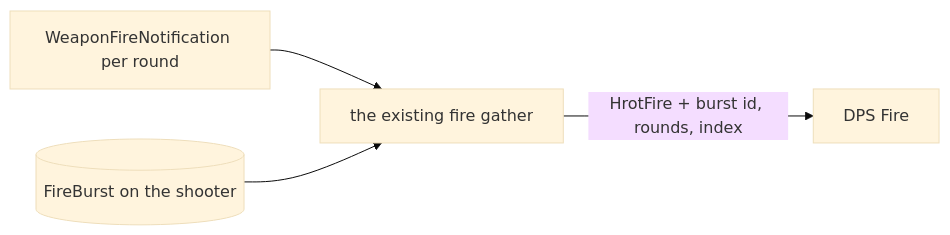
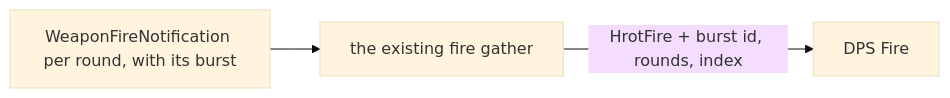
The first of 3 diagrams in docs/design/DD-027-Dps-Fire-Bursts.md (pjanec/SimNetGateway), drawn with Mermaid (base theme) before and after one commit. The commit also changed other lines of this file, not shown here.

First line of the commit message:
T-065: DD-027 - the burst is copied from each round's WeaponFireNotification (HROT R-11013), no FireBurst component

````diff
--- a/docs/design/DD-027-Dps-Fire-Bursts.md
+++ b/docs/design/DD-027-Dps-Fire-Bursts.md
@@ -19,6 +19,5 @@
 ```mermaid
 flowchart LR
-    N[WeaponFireNotification per round] --> G[the existing fire gather]
-    B[(FireBurst on the shooter)] --> G
+    N[WeaponFireNotification per round, with its burst] --> G[the existing fire gather]
     G -->|HrotFire + burst id, rounds, index| O[DPS Fire]
 ```
````
